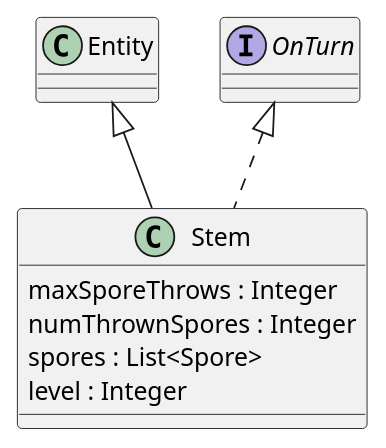
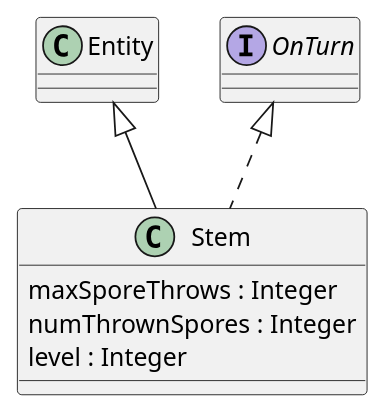
One commit to Petya-G/fungorium changed the diagram in 4/classes/stem.puml. Above: the diagram before and after it, drawn with PlantUML. The commit also changed 12 other files, not shown here.

```diff
--- a/4/classes/stem.puml
+++ b/4/classes/stem.puml
@@ -1,10 +1,9 @@
 @startuml stem
 
 class Stem extends Entity implements OnTurn{
     maxSporeThrows : Integer
     numThrownSpores : Integer
-    spores : List<Spore>
     level : Integer
 }
 
 @enduml
```
